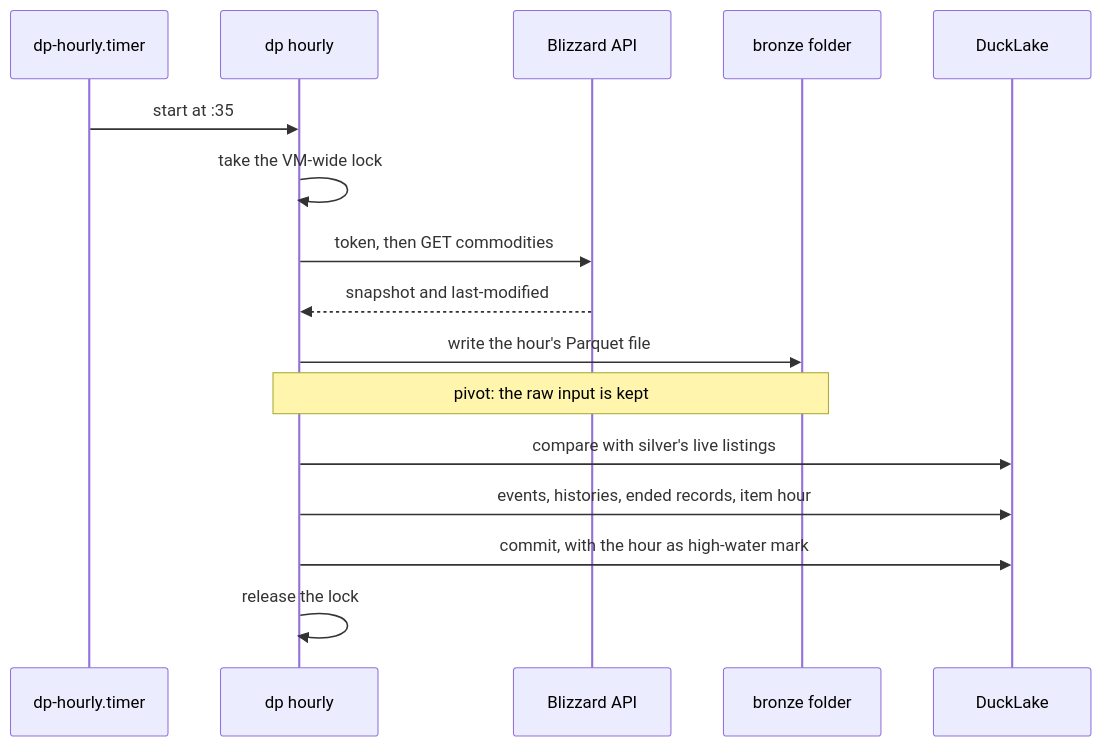
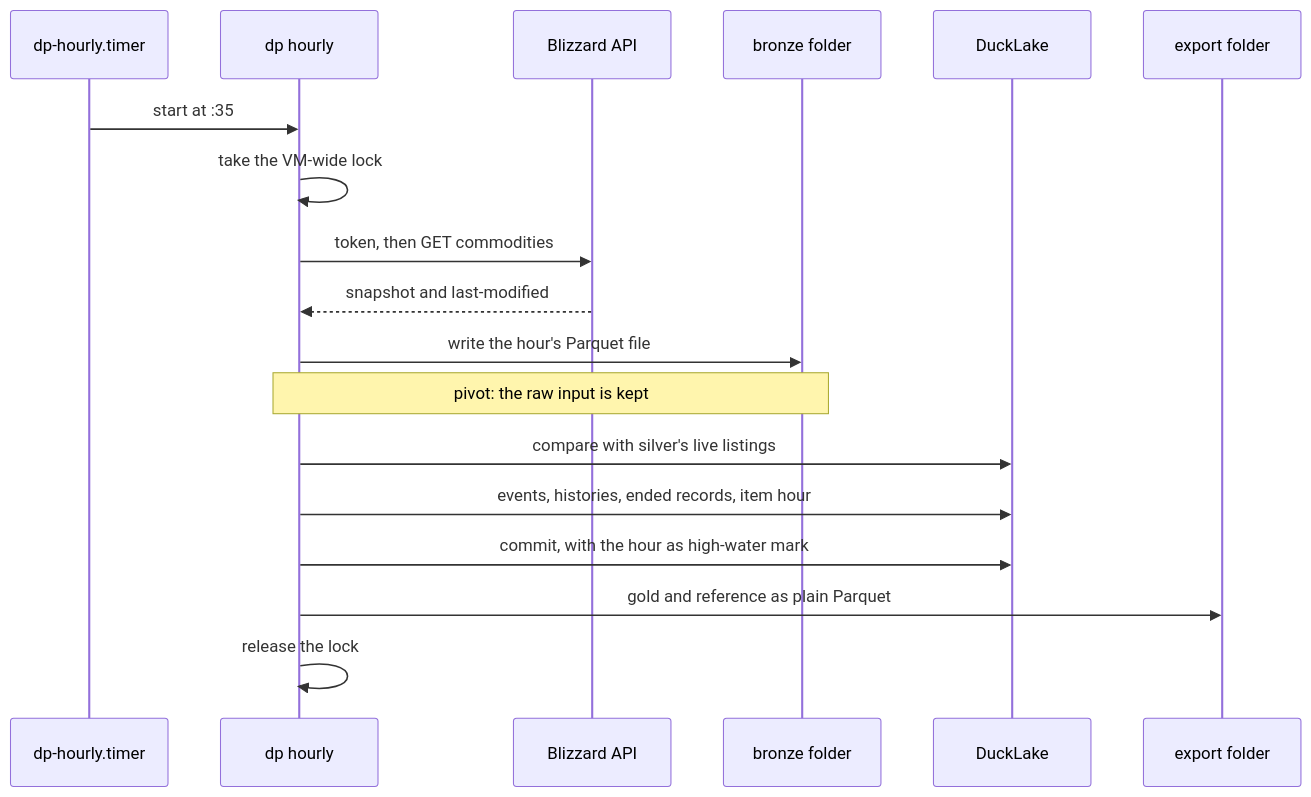
One commit to delphside/dark-portal changed the second of 2 diagrams in docs/5.1.1-architecture.md. Above: the diagram before and after it, drawn with Mermaid. The commit also changed other lines of this file and 3 other files, not shown here.

First line of the commit message:
Record the owner's choice of a plain Parquet export for clients

````diff
--- a/docs/5.1.1-architecture.md
+++ b/docs/5.1.1-architecture.md
@@ -59,18 +66,20 @@
 ```mermaid
 sequenceDiagram
     participant T as dp-hourly.timer
     participant D as dp hourly
     participant B as Blizzard API
     participant F as bronze folder
     participant L as DuckLake
+    participant E as export folder
     T->>D: start at :35
     D->>D: take the VM-wide lock
     D->>B: token, then GET commodities
     B-->>D: snapshot and last-modified
     D->>F: write the hour's Parquet file
     Note over D,F: pivot: the raw input is kept
     D->>L: compare with silver's live listings
     D->>L: events, histories, ended records, item hour
     D->>L: commit, with the hour as high-water mark
+    D->>E: gold and reference as plain Parquet
     D->>D: release the lock
 ```
````
